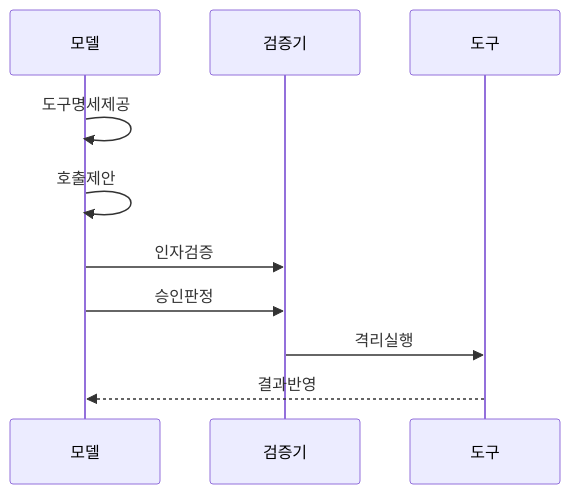
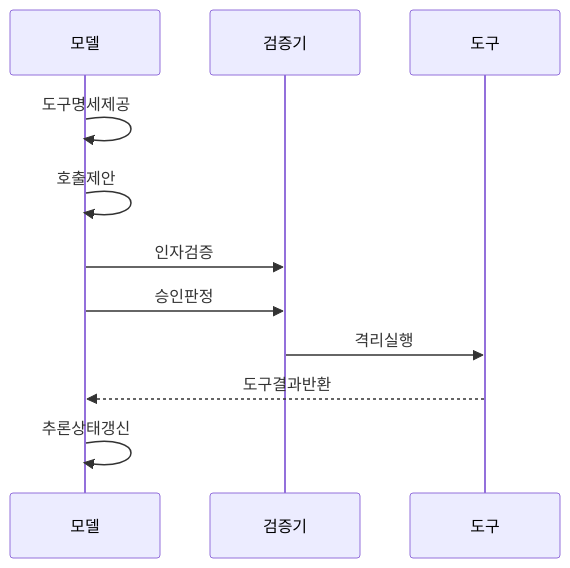
One commit to agnusdei1207/knowledge-base changed the diagram in src/content/docs/notes/08-latest-tech/004_tool_use.md. Above: the diagram before and after it, drawn with Mermaid. The commit also changed other lines of this file and 27 other files, not shown here.

````diff
--- a/src/content/docs/notes/08-latest-tech/004_tool_use.md
+++ b/src/content/docs/notes/08-latest-tech/004_tool_use.md
@@ -69,12 +69,13 @@
 ```mermaid
 sequenceDiagram
     participant M as 모델
     participant V as 검증기
     participant T as 도구
     M->>M: 도구명세제공
     M->>M: 호출제안
     M->>V: 인자검증
     M->>V: 승인판정
     V->>T: 격리실행
-    T-->>M: 결과반영
+    T-->>M: 도구결과반환
+    M->>M: 추론상태갱신
 ```
````
